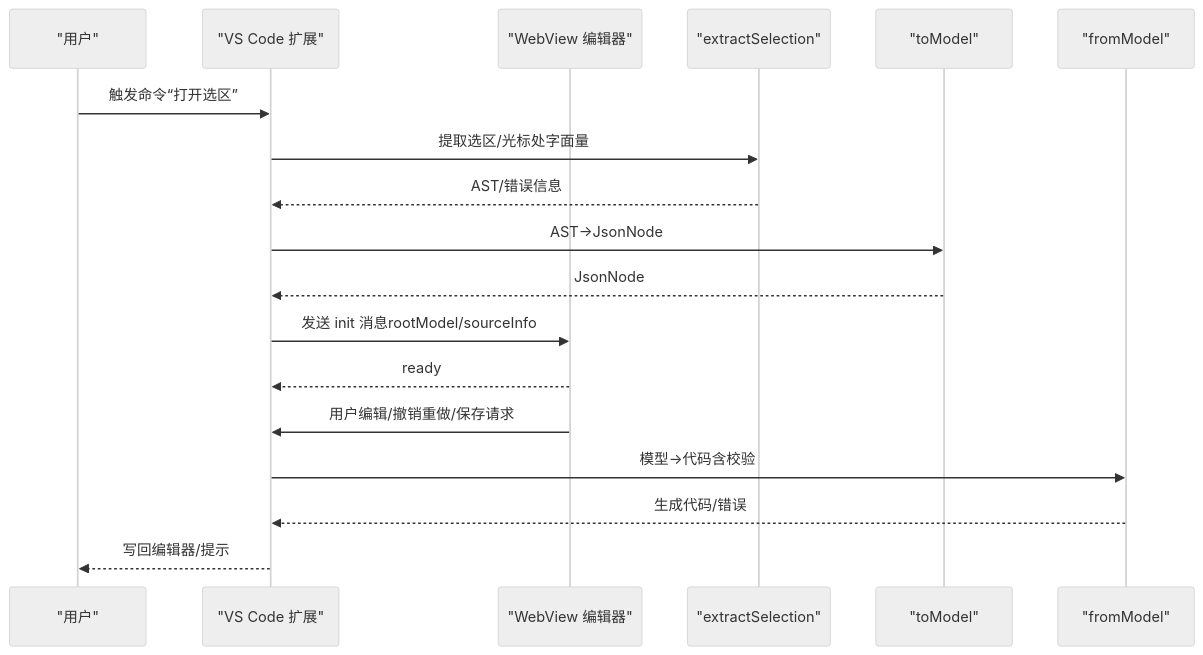
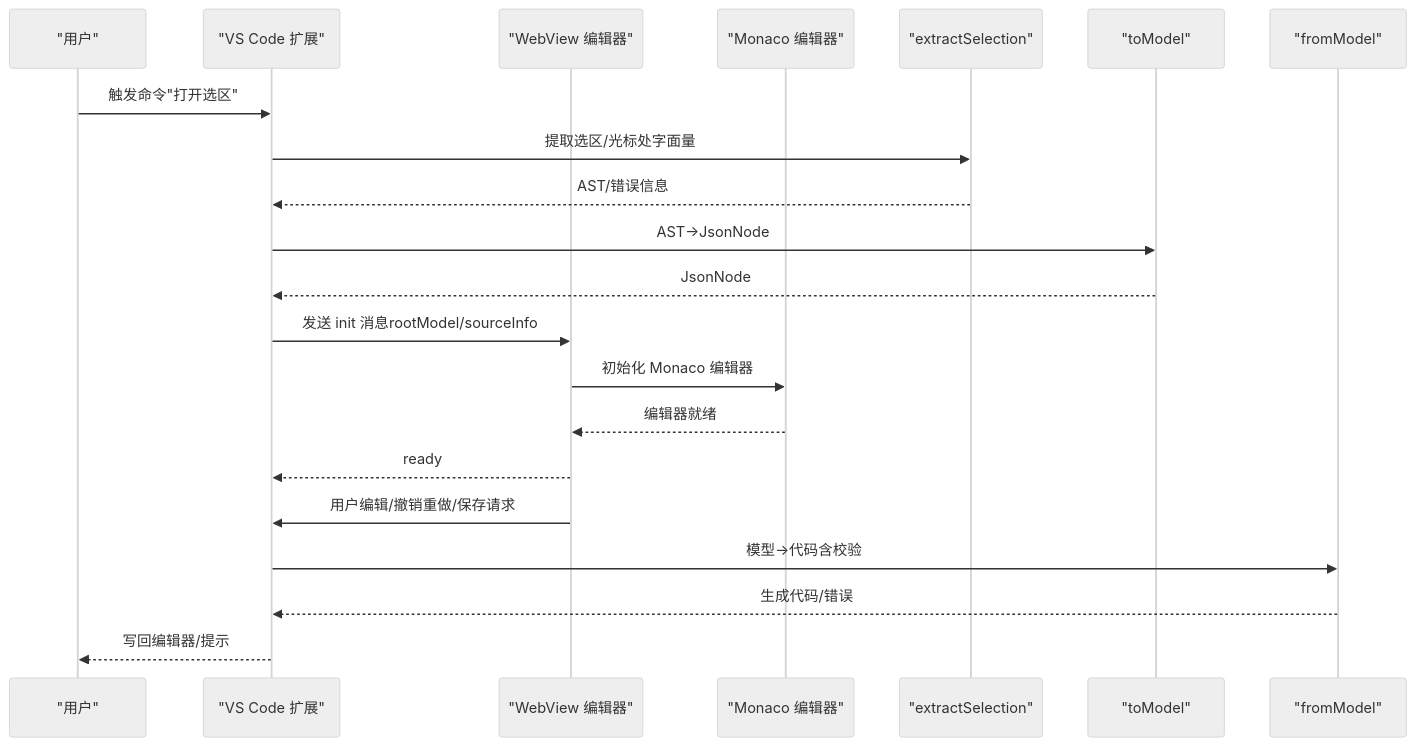
One commit to meiok1/wysjson changed the second of 7 diagrams in .qoder/repowiki/zh/content/高级功能特性/编辑器功能.md. Above: the diagram before and after it, drawn with Mermaid (neutral theme). The commit also changed other lines of this file and 390 other files, not shown here.

````diff
--- a/.qoder/repowiki/zh/content/高级功能特性/编辑器功能.md
+++ b/.qoder/repowiki/zh/content/高级功能特性/编辑器功能.md
@@ -108,20 +121,23 @@
 ```mermaid
 sequenceDiagram
 participant U as "用户"
 participant VS as "VS Code 扩展"
 participant WV as "WebView 编辑器"
+participant M as "Monaco 编辑器"
 participant P1 as "extractSelection"
 participant P2 as "toModel"
 participant P3 as "fromModel"
-U->>VS : 触发命令“打开选区”
+U->>VS : 触发命令"打开选区"
 VS->>P1 : 提取选区/光标处字面量
 P1-->>VS : AST/错误信息
 VS->>P2 : AST→JsonNode
 P2-->>VS : JsonNode
 VS->>WV : 发送 init 消息rootModel/sourceInfo
+WV->>M : 初始化 Monaco 编辑器
+M-->>WV : 编辑器就绪
 WV-->>VS : ready
 WV->>VS : 用户编辑/撤销重做/保存请求
 VS->>P3 : 模型→代码含校验
 P3-->>VS : 生成代码/错误
 VS-->>U : 写回编辑器/提示
 ```
````
